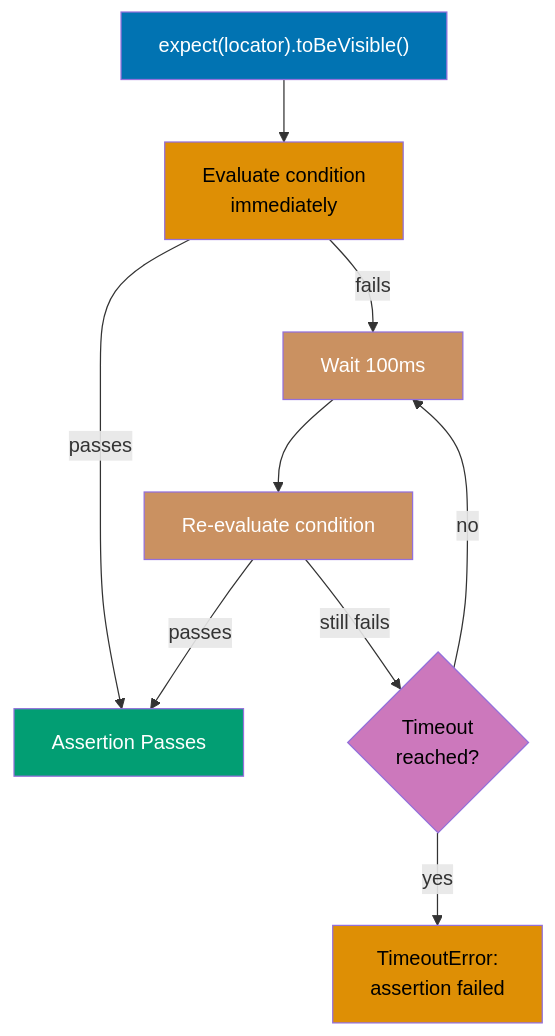
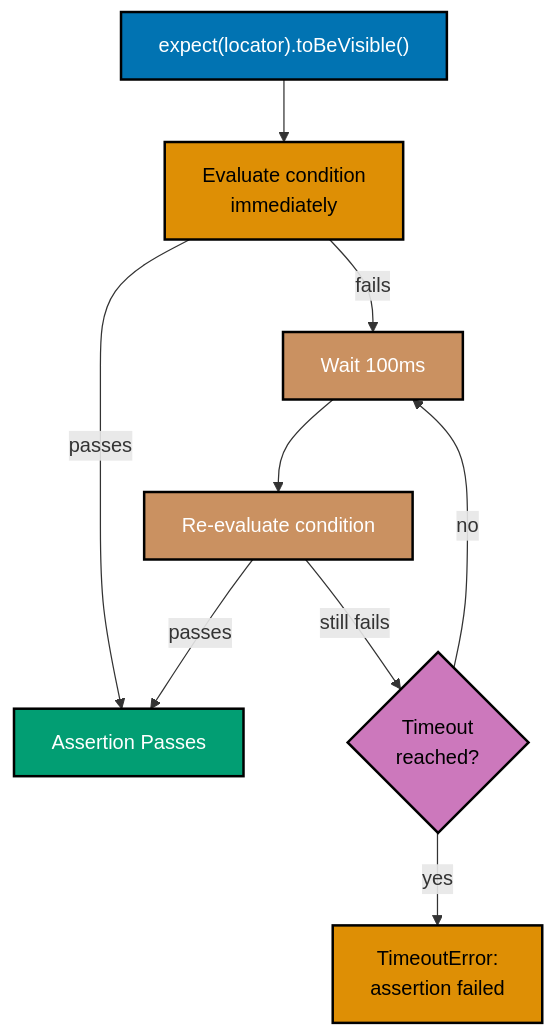
The sixth of 15 diagrams in apps/ayokoding-web/content/en/learn/software-engineering/automation-testing/tools/playwright/by-example/beginner.md (wahidyankf/open-sharia-enterprise), drawn with Mermaid before and after one commit. The commit also changed other lines of this file and 25 other files, not shown here.

````diff
--- a/apps/ayokoding-web/content/en/learn/software-engineering/automation-testing/tools/playwright/by-example/beginner.md
+++ b/apps/ayokoding-web/content/en/learn/software-engineering/automation-testing/tools/playwright/by-example/beginner.md
@@ -404,20 +404,20 @@
 ```mermaid
 %% Color Palette: Blue #0173B2, Orange #DE8F05, Teal #029E73, Purple #CC78BC, Brown #CA9161
 graph TD
     Assert["expect(locator).toBeVisible()"] --> Check["Evaluate condition<br/>immediately"]
     Check -->|"passes"| Pass["Assertion Passes"]
     Check -->|"fails"| Wait["Wait 100ms"]
     Wait --> Retry["Re-evaluate condition"]
     Retry -->|"passes"| Pass
     Retry -->|"still fails"| Timeout{"Timeout<br/>reached?"}
     Timeout -->|"no"| Wait
     Timeout -->|"yes"| Fail["TimeoutError:<br/>assertion failed"]
 
-    style Assert fill:#0173B2,color:#fff
-    style Check fill:#DE8F05,color:#000
-    style Pass fill:#029E73,color:#fff
-    style Wait fill:#CA9161,color:#fff
-    style Retry fill:#CA9161,color:#fff
-    style Timeout fill:#CC78BC,color:#000
-    style Fail fill:#DE8F05,color:#000
+    style Assert fill:#0173B2,stroke:#000000,stroke-width:2px,color:#fff
+    style Check fill:#DE8F05,stroke:#000000,stroke-width:2px,color:#000
+    style Pass fill:#029E73,stroke:#000000,stroke-width:2px,color:#fff
+    style Wait fill:#CA9161,stroke:#000000,stroke-width:2px,color:#fff
+    style Retry fill:#CA9161,stroke:#000000,stroke-width:2px,color:#fff
+    style Timeout fill:#CC78BC,stroke:#000000,stroke-width:2px,color:#000
+    style Fail fill:#DE8F05,stroke:#000000,stroke-width:2px,color:#000
 ```
````
